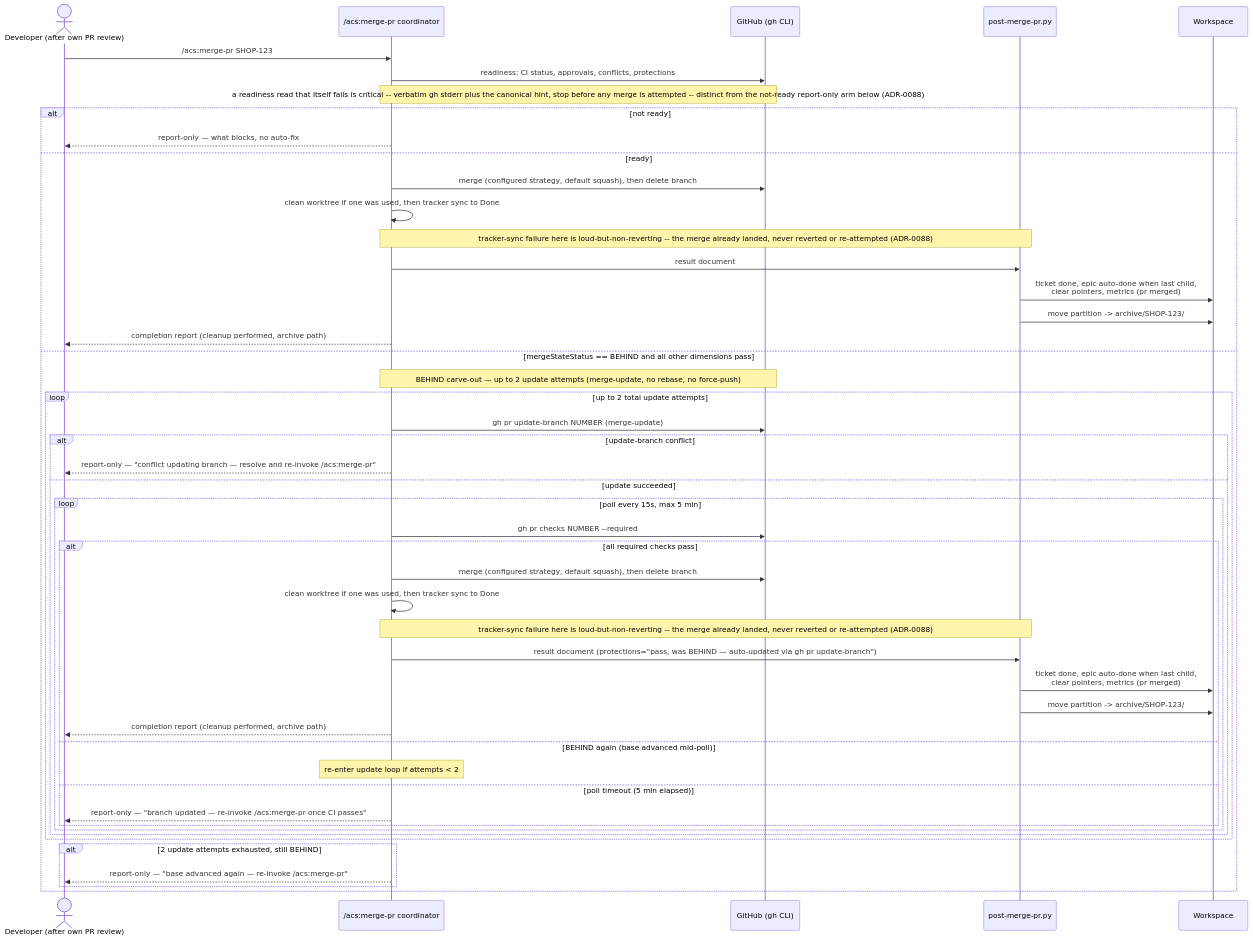
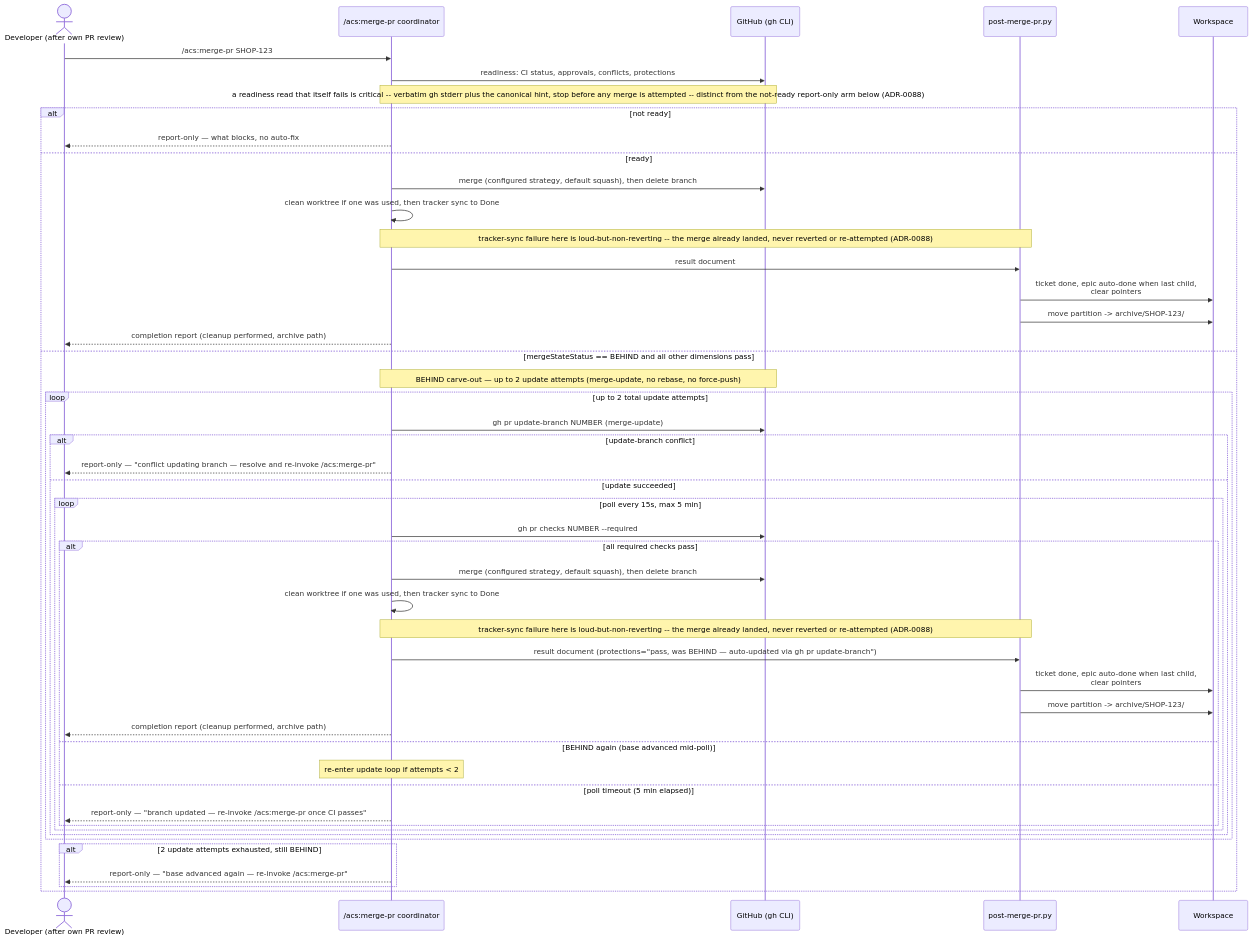
Before and after one commit to globalmindsolution/gms-marketplace: the second of 2 diagrams in docs/architecture/lld/flows/ticket-lifecycle.md, drawn with Mermaid. The commit also changed 1036 other files, not shown here.

````diff
--- a/docs/architecture/lld/flows/ticket-lifecycle.md
+++ b/docs/architecture/lld/flows/ticket-lifecycle.md
@@ -23,51 +23,51 @@
 ```mermaid
 sequenceDiagram
     actor Dev as Developer (after own PR review)
     participant CO as /acs:merge-pr coordinator
     participant GH as GitHub (gh CLI)
     participant POST as post-merge-pr.py
     participant WS as Workspace
 
     Dev->>CO: /acs:merge-pr SHOP-123
     CO->>GH: readiness: CI status, approvals, conflicts, protections
     note over CO,GH: a readiness read that itself fails is critical -- verbatim gh stderr plus the canonical hint, stop before any merge is attempted -- distinct from the not-ready report-only arm below (ADR-0088)
     alt not ready
         CO-->>Dev: report-only — what blocks, no auto-fix
     else ready
         CO->>GH: merge (configured strategy, default squash), then delete branch
         CO->>CO: clean worktree if one was used, then tracker sync to Done
         note over CO,POST: tracker-sync failure here is loud-but-non-reverting -- the merge already landed, never reverted or re-attempted (ADR-0088)
         CO->>POST: result document
-        POST->>WS: ticket done, epic auto-done when last child,<br/>clear pointers, metrics (pr merged)
+        POST->>WS: ticket done, epic auto-done when last child,<br/>clear pointers
         POST->>WS: move partition -> archive/SHOP-123/
         CO-->>Dev: completion report (cleanup performed, archive path)
     else mergeStateStatus == BEHIND and all other dimensions pass
         note over CO,GH: BEHIND carve-out — up to 2 update attempts (merge-update, no rebase, no force-push)
         loop up to 2 total update attempts
             CO->>GH: gh pr update-branch NUMBER (merge-update)
             alt update-branch conflict
                 CO-->>Dev: report-only — "conflict updating branch — resolve and re-invoke /acs:merge-pr"
             else update succeeded
                 loop poll every 15s, max 5 min
                     CO->>GH: gh pr checks NUMBER --required
                     alt all required checks pass
                         CO->>GH: merge (configured strategy, default squash), then delete branch
                         CO->>CO: clean worktree if one was used, then tracker sync to Done
                         note over CO,POST: tracker-sync failure here is loud-but-non-reverting -- the merge already landed, never reverted or re-attempted (ADR-0088)
                         CO->>POST: result document (protections="pass, was BEHIND — auto-updated via gh pr update-branch")
-                        POST->>WS: ticket done, epic auto-done when last child,<br/>clear pointers, metrics (pr merged)
+                        POST->>WS: ticket done, epic auto-done when last child,<br/>clear pointers
                         POST->>WS: move partition -> archive/SHOP-123/
                         CO-->>Dev: completion report (cleanup performed, archive path)
                     else BEHIND again (base advanced mid-poll)
                         note over CO: re-enter update loop if attempts < 2
                     else poll timeout (5 min elapsed)
                         CO-->>Dev: report-only — "branch updated — re-invoke /acs:merge-pr once CI passes"
                     end
                 end
             end
         end
         alt 2 update attempts exhausted, still BEHIND
             CO-->>Dev: report-only — "base advanced again — re-invoke /acs:merge-pr"
         end
     end
 ```
````
